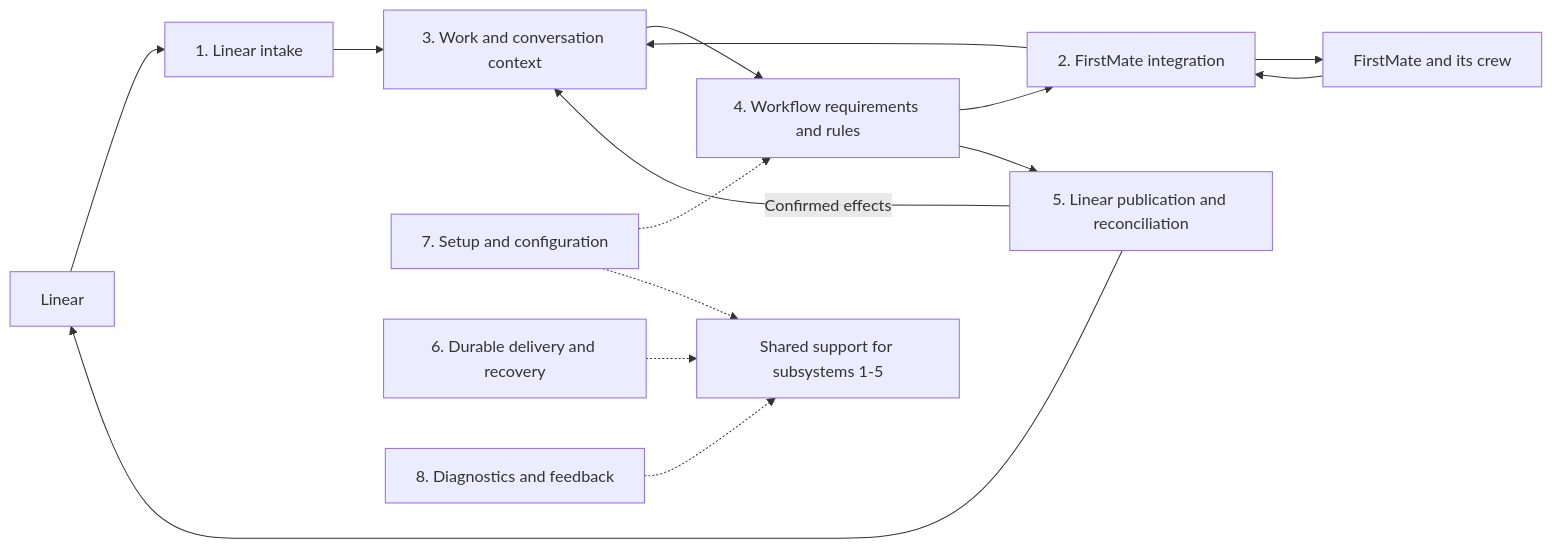
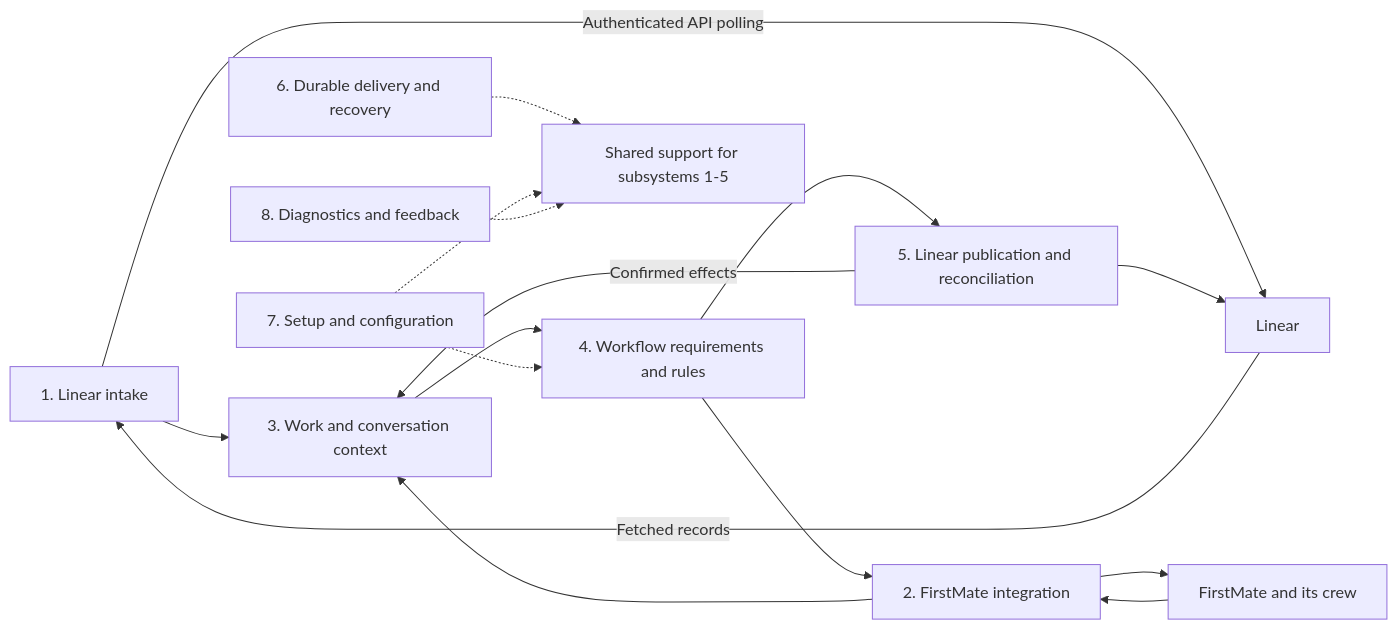
Before and after one commit to josh-padnick/firstmate-linear: the diagram in _internal/ARCHITECTURE.md, drawn with Mermaid. The commit also changed other lines of this file and 3 other files, not shown here.

Commit message:
docs: separate architecture, tech stack, and implementation guidance

````diff
--- a/_internal/ARCHITECTURE.md
+++ b/_internal/ARCHITECTURE.md
@@ -37,17 +37,18 @@
 ```mermaid
 flowchart LR
-    linear[Linear] --> intake[1. Linear intake]
+    intake[1. Linear intake] -->|Authenticated API polling| linear[Linear]
+    linear -->|Fetched records| intake
     intake --> context[3. Work and conversation context]
     context --> workflow[4. Workflow requirements and rules]
     workflow --> fm[2. FirstMate integration]
     fm --> firstmate[FirstMate and its crew]
     firstmate --> fm
     fm --> context
     workflow --> publish[5. Linear publication and reconciliation]
     publish --> linear
     publish -->|Confirmed effects| context
     setup[7. Setup and configuration] -.-> workflow
     recovery[6. Durable delivery and recovery] -.-> shared[Shared support for subsystems 1-5]
     setup -.-> shared
     diagnostics[8. Diagnostics and feedback] -.-> shared
 ```
````
